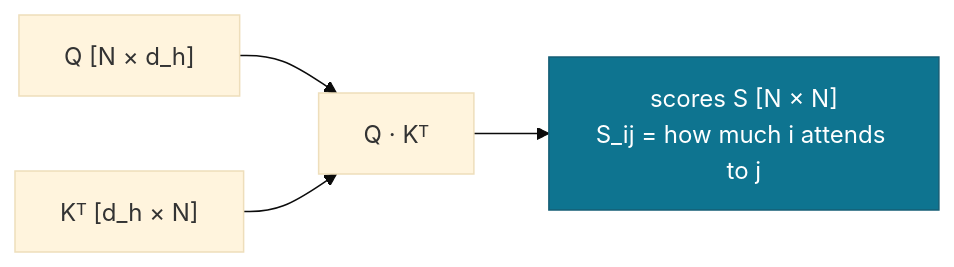
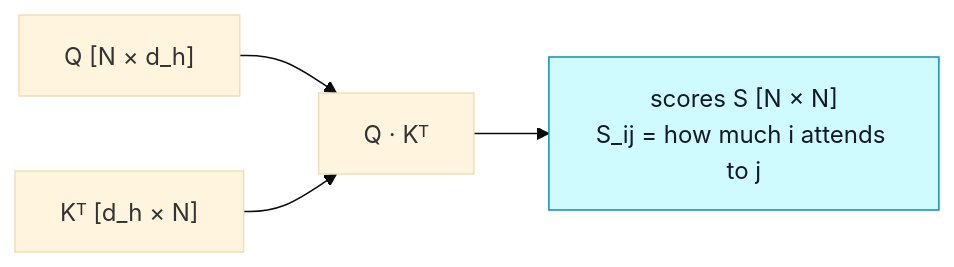
One commit to youyun8/deep-kernel-handbook changed the fourth of 10 diagrams in docs/foundations/transformer-from-scratch.md. Above: the diagram before and after it, drawn with Mermaid (base theme). The commit also changed other lines of this file and 10 other files, not shown here.

Commit message:
docs: fix diagram contrast and home title

````diff
--- a/docs/foundations/transformer-from-scratch.md
+++ b/docs/foundations/transformer-from-scratch.md
@@ -119,8 +119,8 @@
 ```mermaid
 flowchart LR
     Q["Q [N × d_h]"] --> MM["Q · Kᵀ"]
     K["Kᵀ [d_h × N]"] --> MM
     MM --> S["scores S [N × N]<br/>S_ij = how much i attends to j"]
     class S accCyan;
-    classDef accCyan fill:#0e7490,stroke:#155e75,color:#fff;
+    classDef accCyan fill:#cffafe,stroke:#0891b2,color:#111827;
 ```
````
